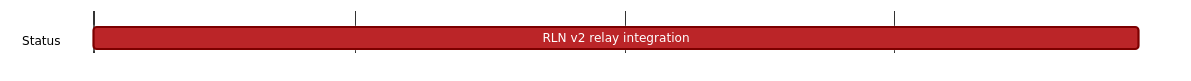
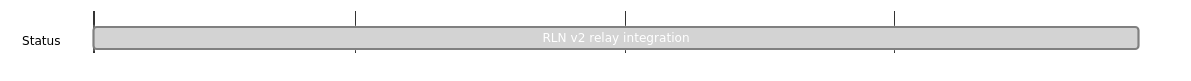
Before and after one commit to logos-co/roadmap: the diagram in content/vac/acz/rlnp2p/waku/rlnv2-relay-integration.md, drawn with Mermaid. The commit also changed other lines of this file and 7 other files, not shown here.

````diff
--- a/content/vac/acz/rlnp2p/waku/rlnv2-relay-integration.md
+++ b/content/vac/acz/rlnp2p/waku/rlnv2-relay-integration.md
@@ -8,20 +8,20 @@
 ```mermaid
 %%{ 
   init: { 
     'theme': 'base', 
     'themeVariables': { 
       'primaryColor': '#BB2528', 
       'primaryTextColor': '#fff', 
       'primaryBorderColor': '#7C0000', 
       'lineColor': '#F8B229', 
       'secondaryColor': '#006100', 
       'tertiaryColor': '#fff' 
     } 
   } 
 }%%
 gantt
   tickInterval 1month
   dateFormat YYYY-MM-DD 
   section Status
-    RLN v2 relay integration:  2023-11-01, 2024-02-29
+    RLN v2 relay integration:done, 2023-11-01, 2024-02-29
 ```
````
